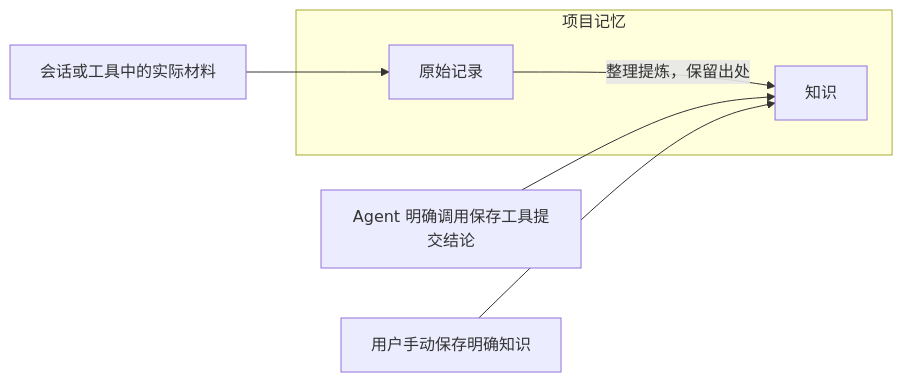
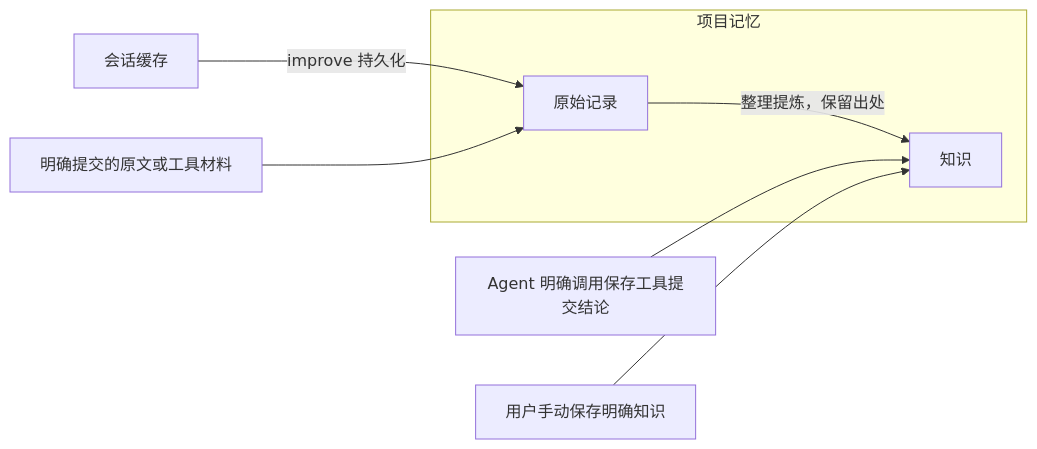
The diagram in docs/ui-redesign/content-model.md (zwhu/memlane), drawn with Mermaid before and after one commit. The commit also changed other lines of this file and 472 other files, not shown here.

````diff
--- a/docs/ui-redesign/content-model.md
+++ b/docs/ui-redesign/content-model.md
@@ -20,11 +21,12 @@
 ```mermaid
 flowchart LR
-    S[会话或工具中的实际材料] --> R[原始记录]
+    C[会话缓存] -->|improve 持久化| R[原始记录]
+    S[明确提交的原文或工具材料] --> R
     R -->|整理提炼，保留出处| K[知识]
     A[Agent 明确调用保存工具提交结论] --> K
     U[用户手动保存明确知识] --> K
     subgraph M[项目记忆]
       R
       K
     end
 ```
````
